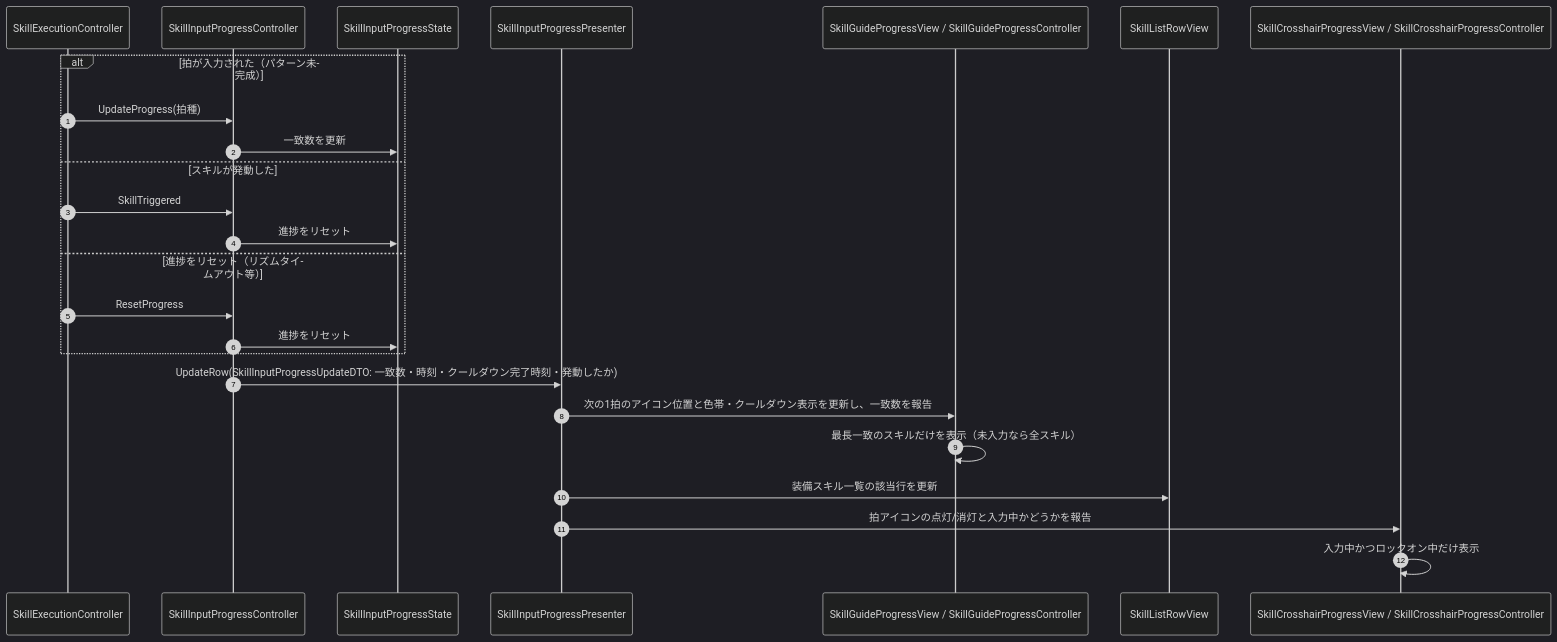
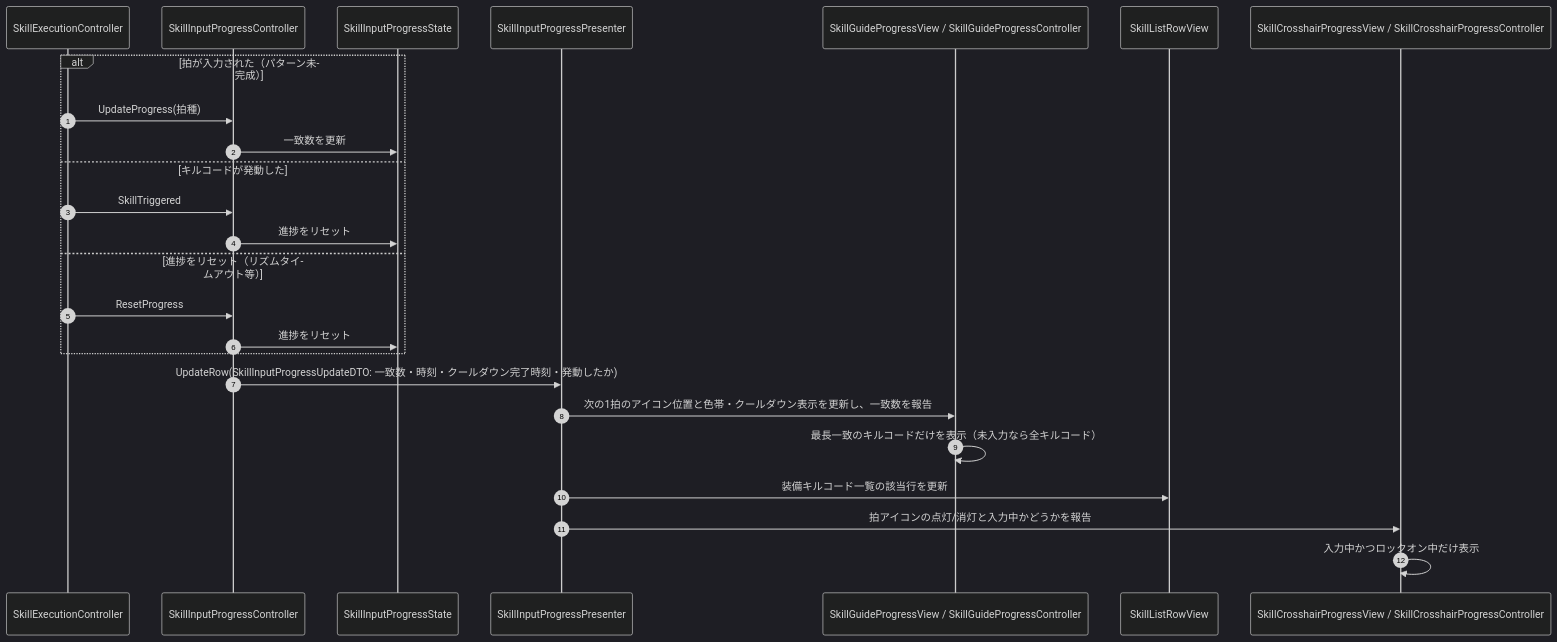
One commit to HIBIKI5201/SymphonyKillChord changed the diagram in Docs/NotionMigration/pages/A2a/3bf7c2c6-cc02-8110-8f4b-d3f8a5738048.md. Above: the diagram before and after it, drawn with Mermaid (dark theme). The commit also changed other lines of this file and 175 other files, not shown here.

````diff
--- a/Docs/NotionMigration/pages/A2a/3bf7c2c6-cc02-8110-8f4b-d3f8a5738048.md
+++ b/Docs/NotionMigration/pages/A2a/3bf7c2c6-cc02-8110-8f4b-d3f8a5738048.md
@@ -29,28 +30,28 @@
 ```mermaid
 sequenceDiagram
     autonumber
     participant Exec as SkillExecutionController
     participant Ctrl as SkillInputProgressController
     participant State as SkillInputProgressState
     participant Presenter as SkillInputProgressPresenter
     participant Guide as SkillGuideProgressView / SkillGuideProgressController
     participant List as SkillListRowView
     participant Crosshair as SkillCrosshairProgressView / SkillCrosshairProgressController
 
     alt 拍が入力された（パターン未完成）
         Exec ->> Ctrl: UpdateProgress(拍種)
         Ctrl ->> State: 一致数を更新
-    else スキルが発動した
+    else キルコードが発動した
         Exec ->> Ctrl: SkillTriggered
         Ctrl ->> State: 進捗をリセット
     else 進捗をリセット（リズムタイムアウト等）
         Exec ->> Ctrl: ResetProgress
         Ctrl ->> State: 進捗をリセット
     end
     Ctrl ->> Presenter: UpdateRow(SkillInputProgressUpdateDTO: 一致数・時刻・クールダウン完了時刻・発動したか)
     Presenter ->> Guide: 次の1拍のアイコン位置と色帯・クールダウン表示を更新し、一致数を報告
-    Guide ->> Guide: 最長一致のスキルだけを表示（未入力なら全スキル）
-    Presenter ->> List: 装備スキル一覧の該当行を更新
+    Guide ->> Guide: 最長一致のキルコードだけを表示（未入力なら全キルコード）
+    Presenter ->> List: 装備キルコード一覧の該当行を更新
     Presenter ->> Crosshair: 拍アイコンの点灯/消灯と入力中かどうかを報告
     Crosshair ->> Crosshair: 入力中かつロックオン中だけ表示
 ```
````
